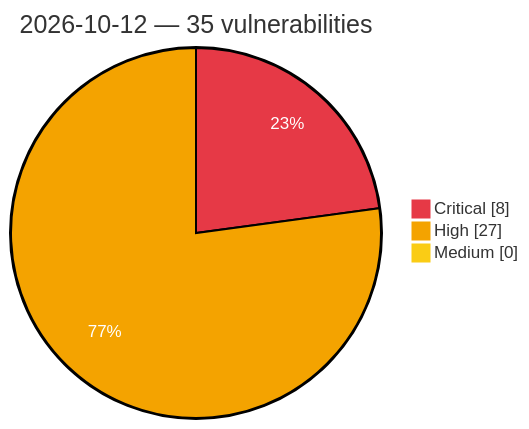
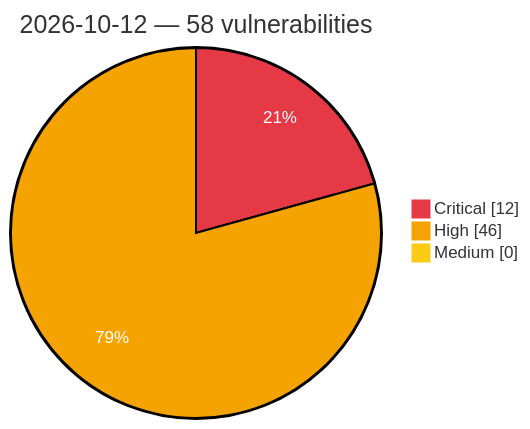
One commit to GhostX0X/vuln-tracker changed the diagram in vulnerabilities/2026/October/2026-10-12.md. Above: the diagram before and after it, drawn with Mermaid. The commit also changed other lines of this file and 8 other files, not shown here.

Commit message:
Auto update: critical/high vulns (2026-10-13 01:20 UTC)

````diff
--- a/vulnerabilities/2026/October/2026-10-12.md
+++ b/vulnerabilities/2026/October/2026-10-12.md
@@ -3,8 +3,8 @@
 ```mermaid
 %%{init: {'theme':'base', 'themeVariables': {'pie1':'#e63946', 'pie2':'#f4a300', 'pie3':'#facc15', 'pieOpacity':'1', 'pieOuterStrokeWidth':'2px', 'pieSectionTextColor':'#ffffff'}}}%%
 pie showData
-    title 2026-10-12 — 35 vulnerabilities
-    "Critical" : 8
-    "High" : 27
+    title 2026-10-12 — 58 vulnerabilities
+    "Critical" : 12
+    "High" : 46
     "Medium" : 0
 ```
````
